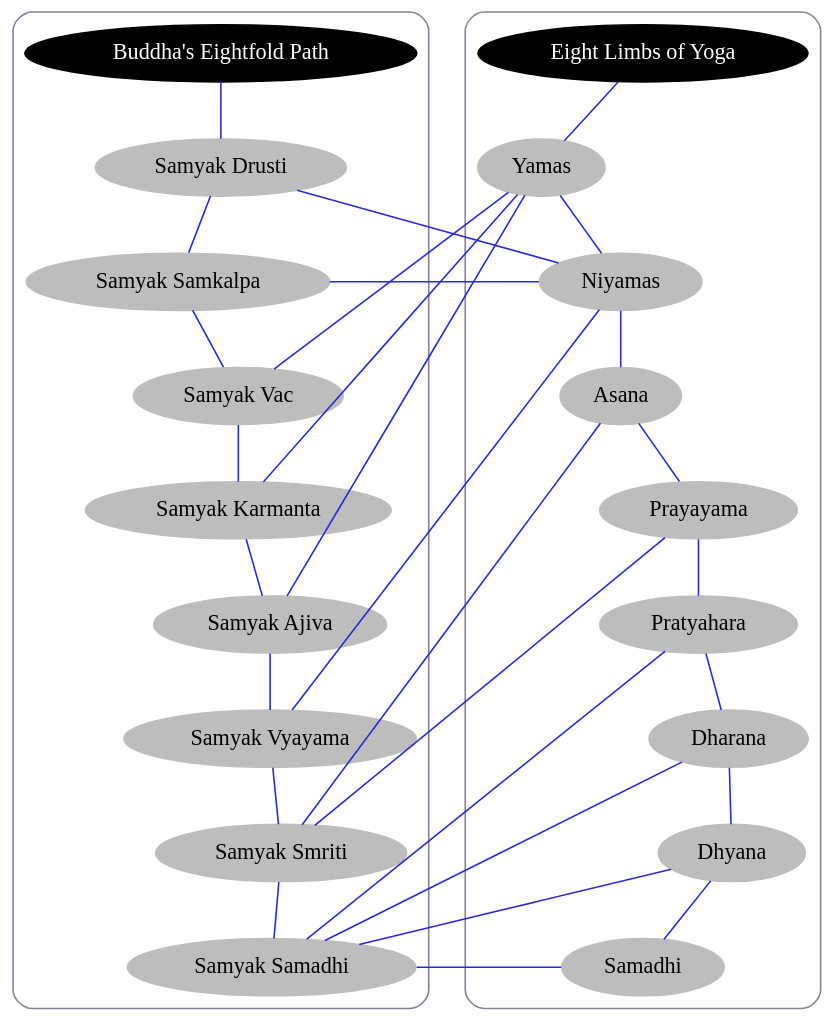
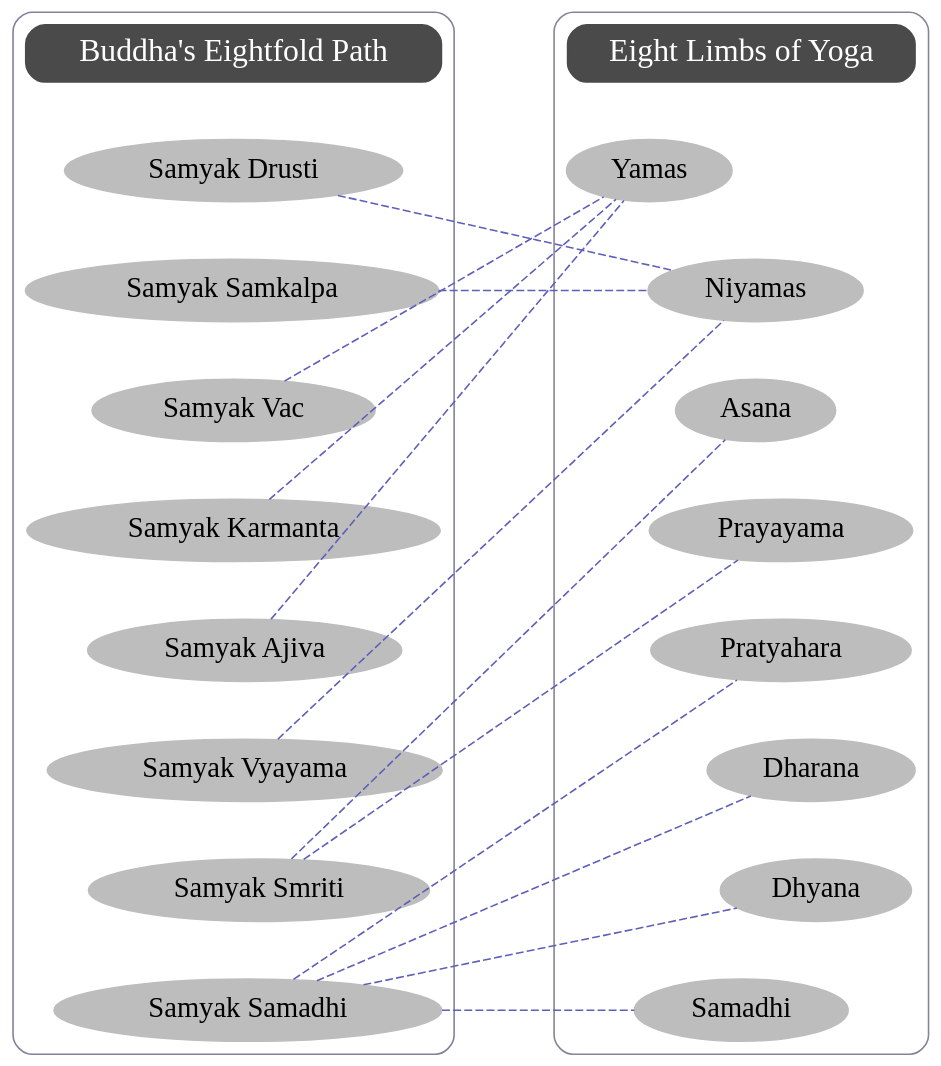
The diagram in src/lib/flowchart.dot (riziles/sveleton-test01), drawn with Graphviz before and after one commit. The commit also changed 3 other files, not shown here.

```diff
--- a/src/lib/flowchart.dot
+++ b/src/lib/flowchart.dot
@@ -1,84 +1,86 @@
 graph G {
 
 bgcolor="transparent";
   newrank=true;
   splines = false
 
-  node [style=filled,color="#bdbdbd"];
-  edge [style=filled,color="#272ad7"];
+  node [style="filled,rounded",color="#bdbdbd",fontsize="18pt"];
+  edge [style=dashed,color="#5d5fb8"];
  
 {
   rank = same; 
-  alabel[color=black,fontcolor=white]; 
-  blabel[color=black,fontcolor=white]; }
+  alabel[color="#4a4a4a",fontcolor=white,shape=box,fontsize="20pt"]; 
+  blabel[color="#4a4a4a",fontcolor=white,shape=box,fontsize="20pt"]; }
 {
   rank = same; a0; b0; }
 {
   rank = same; a1; b1; }
 {
   rank = same; a2; b2; }
 {
   rank = same; a3; b3; }
 {
   rank = same; a4; b4; }
 {
   rank = same; a5; b5; }
 {
   rank = same; a6; b6; }
 {
   rank = same; a7; b7; }
 
   a0 -- b1;
   a1 -- b1;
   a2 -- b0;
   a3 -- b0;
   a4 -- b0;
   a7 -- b7;
   a5 -- b1;
   a6 -- b2;
   a6 -- b3;
   a7 -- b6;
   a7 -- b4;
   a7 -- b5;
 
   subgraph cluster_0 {
     style=rounded;
     bgcolor="transparent"
     color="#81819c";
+    edge [style="invis"];
     alabel -- a0;
     a0 -- a1 -- a2 -- a3 -- a4 -- a5 -- a6 -- a7;
 
   };
 
   subgraph cluster_1 {
     style=rounded;
     bgcolor="transparent"
     color="#858597";
+    edge [style="invis"];
     node [style=filled,color=white];
     blabel -- b0
     b0 -- b1 -- b2 -- b3 -- b4 -- b5 -- b6 -- b7;
   }  ;
   
   alabel [label="Buddha's Eightfold Path"]
   blabel [label="Eight Limbs of Yoga"]
   a0 [label="Samyak Drusti"]
   a1 [label="Samyak Samkalpa"]
   a2 [label="Samyak Vac"]
   a3 [label="Samyak Karmanta"]
   a4 [label="Samyak Ajiva"]
   a5 [label="Samyak Vyayama"]
   a6 [label="Samyak Smriti"]
   a7 [label="Samyak Samadhi"]
 
   
   b0 [label="Yamas"]
   b1 [label="Niyamas"]
   b2 [label="Asana"]
   b3 [label="Prayayama"]
   b4 [label="Pratyahara"]
   b5 [label="Dharana"]
   b6 [label="Dhyana"]
   b7 [label="Samadhi"]
  
   
 }
```
